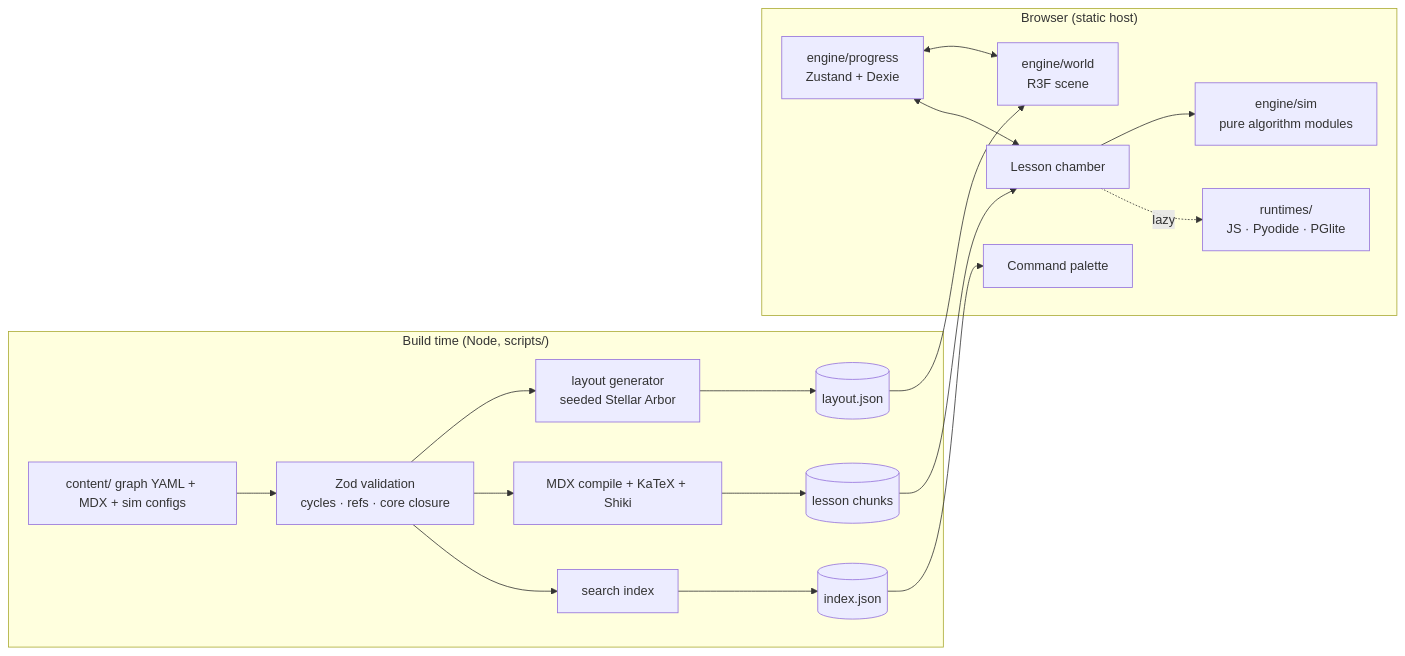
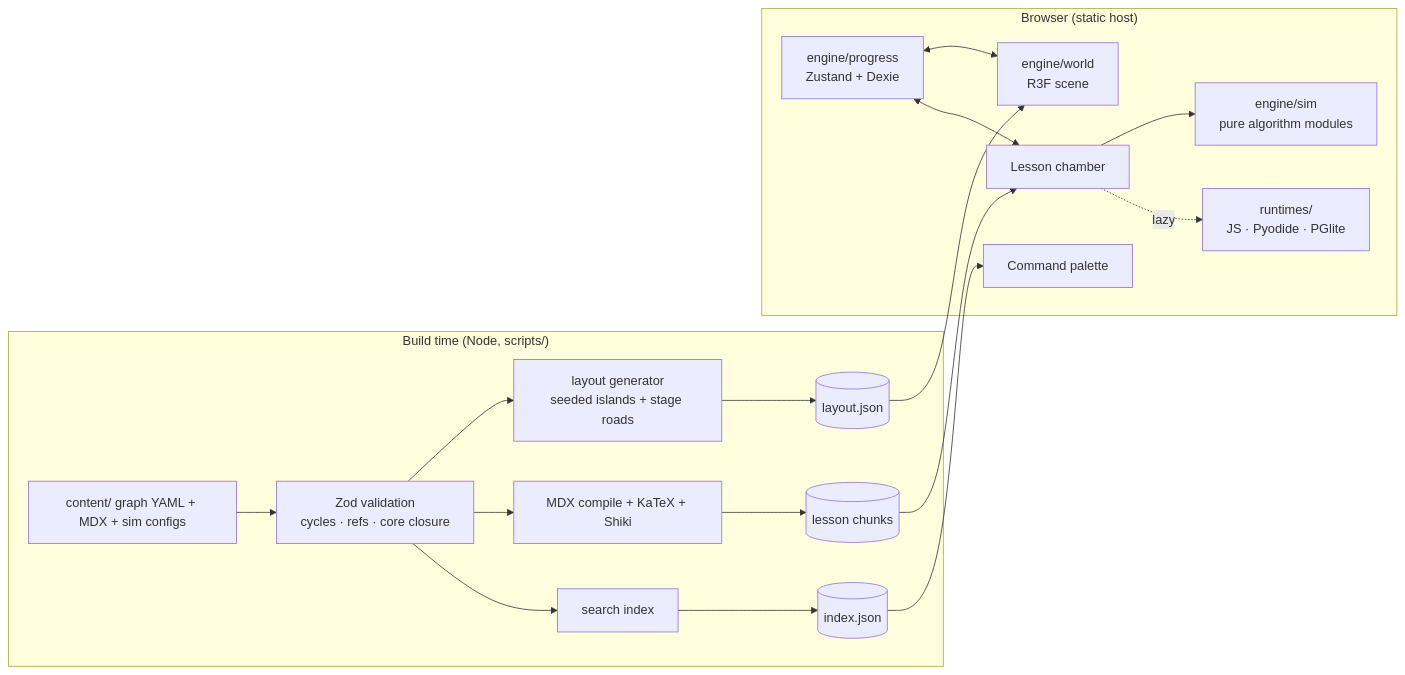
One commit to Rajdeep582/CS-Universe changed the diagram in docs/blueprint/04-architecture.md. Above: the diagram before and after it, drawn with Mermaid. The commit also changed other lines of this file and 29 other files, not shown here.

````diff
--- a/docs/blueprint/04-architecture.md
+++ b/docs/blueprint/04-architecture.md
@@ -9,21 +9,21 @@
 ```mermaid
 flowchart LR
   subgraph Build["Build time (Node, scripts/)"]
     C[content/ graph YAML + MDX + sim configs] --> V[Zod validation<br/>cycles · refs · core closure]
-    V --> L[layout generator<br/>seeded Stellar Arbor]
+    V --> L[layout generator<br/>seeded islands + stage roads]
     V --> M[MDX compile + KaTeX + Shiki]
     V --> I[search index]
     L --> J[(layout.json)]
     M --> K[(lesson chunks)]
     I --> X[(index.json)]
   end
   subgraph Browser["Browser (static host)"]
     J --> W[engine/world<br/>R3F scene]
     K --> LS[Lesson chamber]
     X --> CP[Command palette]
     P[engine/progress<br/>Zustand + Dexie] <--> W
     P <--> LS
     LS --> SIM[engine/sim<br/>pure algorithm modules]
     LS -.lazy.-> RT[runtimes/<br/>JS · Pyodide · PGlite]
   end
 ```
````
